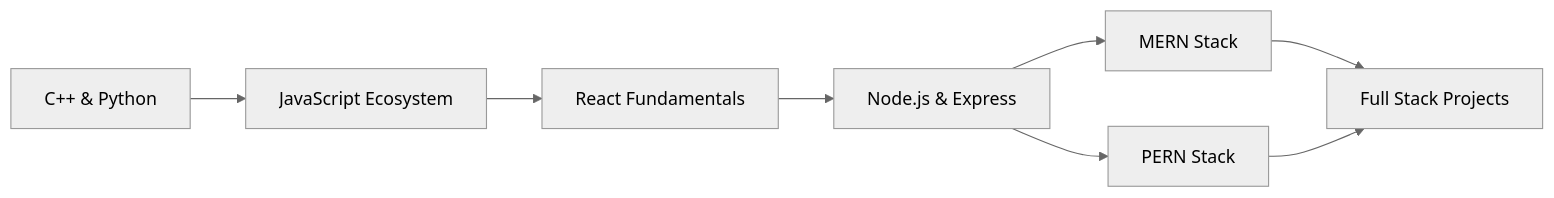
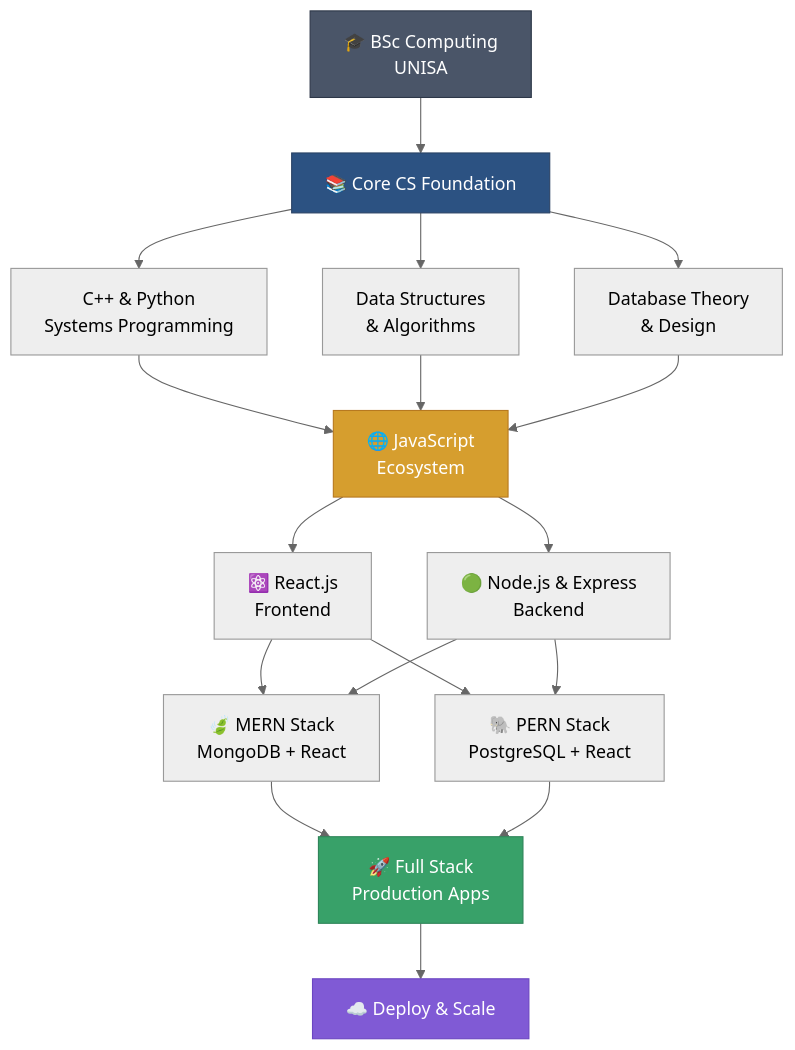
The diagram in README.md (TpKek/TpKek), drawn with Mermaid (neutral theme) before and after one commit. The commit also changed other lines of this file, not shown here.

````diff
--- a/README.md
+++ b/README.md
@@ -81,10 +90,31 @@
 ```mermaid
-graph LR
-    A[C++ & Python] --> B[JavaScript Ecosystem]
-    B --> C[React Fundamentals]
-    C --> D[Node.js & Express]
-    D --> E[MERN Stack]
-    D --> F[PERN Stack]
-    E --> G[Full Stack Projects]
-    F --> G
+graph TB
+    A[🎓 BSc Computing<br/>UNISA] --> B[📚 Core CS Foundation]
+    B --> C[C++ & Python<br/>Systems Programming]
+    B --> D[Data Structures<br/>& Algorithms]
+    B --> E[Database Theory<br/>& Design]
+    
+    C --> F[🌐 JavaScript<br/>Ecosystem]
+    D --> F
+    E --> F
+    
+    F --> G[⚛️ React.js<br/>Frontend]
+    F --> H[🟢 Node.js & Express<br/>Backend]
+    
+    G --> I[🍃 MERN Stack<br/>MongoDB + React]
+    H --> I
+    
+    G --> J[🐘 PERN Stack<br/>PostgreSQL + React]
+    H --> J
+    
+    I --> K[🚀 Full Stack<br/>Production Apps]
+    J --> K
+    
+    K --> L[☁️ Deploy & Scale]
+    
+    style A fill:#4A5568,stroke:#2D3748,color:#fff
+    style B fill:#2C5282,stroke:#2A4365,color:#fff
+    style F fill:#D69E2E,stroke:#B7791F,color:#fff
+    style K fill:#38A169,stroke:#2F855A,color:#fff
+    style L fill:#805AD5,stroke:#6B46C1,color:#fff
 ```
````
